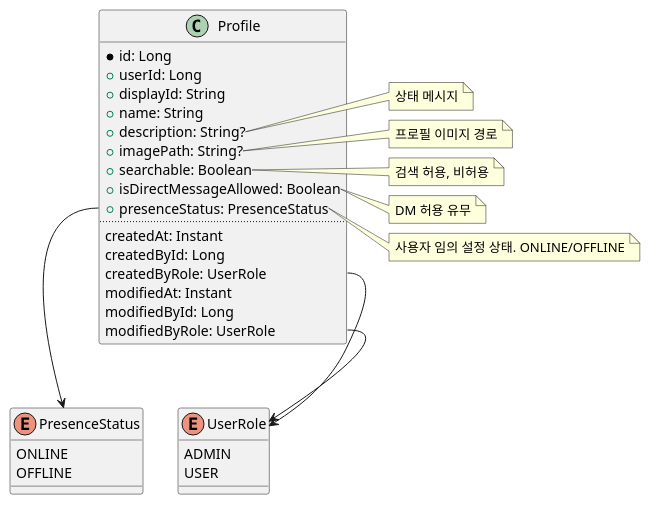
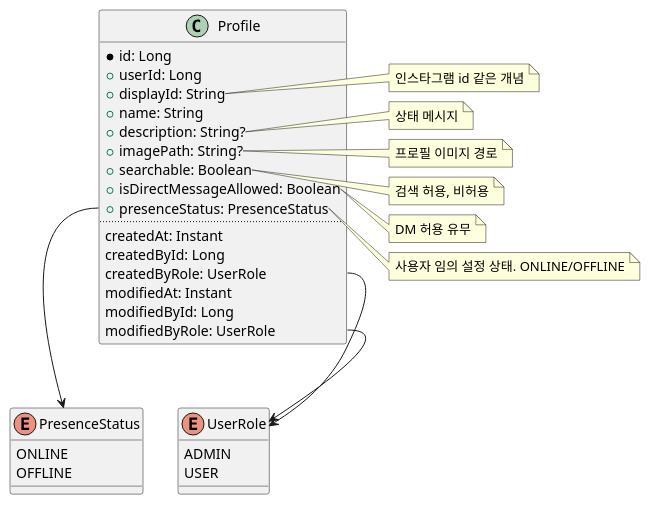
One commit to sweav-org/sweav-uml changed the diagram in class/social/profile.puml. Above: the diagram before and after it, drawn with PlantUML.

Commit message:
프로필 테이블의 displayId 설명 추가

```diff
--- a/class/social/profile.puml
+++ b/class/social/profile.puml
@@ -1,61 +1,65 @@
 @startuml
 'https://plantuml.com/class-diagram
 
 class Profile {
   *id: Long
   +userId: Long
   +displayId: String
   +name: String
   +description: String?
   +imagePath: String?
   +searchable: Boolean
   +isDirectMessageAllowed: Boolean
   +presenceStatus: PresenceStatus
   ..
   createdAt: Instant
   createdById: Long
   createdByRole: UserRole
   modifiedAt: Instant
   modifiedById: Long
   modifiedByRole: UserRole
 }
 
 enum PresenceStatus {
   ONLINE
   OFFLINE
 }
 
 enum UserRole {
   ADMIN
   USER
 }
 
 Profile::presenceStatus --> PresenceStatus
 Profile::createdByRole --> UserRole
 Profile::modifiedByRole --> UserRole
 
+note right of Profile::displayId
+  인스타그램 id 같은 개념
+end note
+
 note right of Profile::description
   상태 메시지
 end note
 
 note right of Profile::imagePath
   프로필 이미지 경로
 end note
 
 note right of Profile::searchable
   검색 허용, 비허용
 end note
 
 note right of Profile::isDirectMessageAllowed
   DM 허용 유무
 end note
 
 note right of Profile::presenceStatus
   사용자 임의 설정 상태. ONLINE/OFFLINE
 end note
 
 note right of Profile::searchable
   검색 허용, 비허용
 end note
 
 @enduml
```
